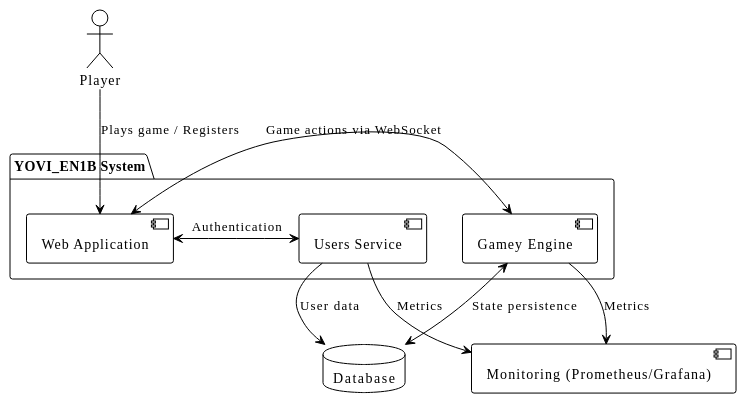
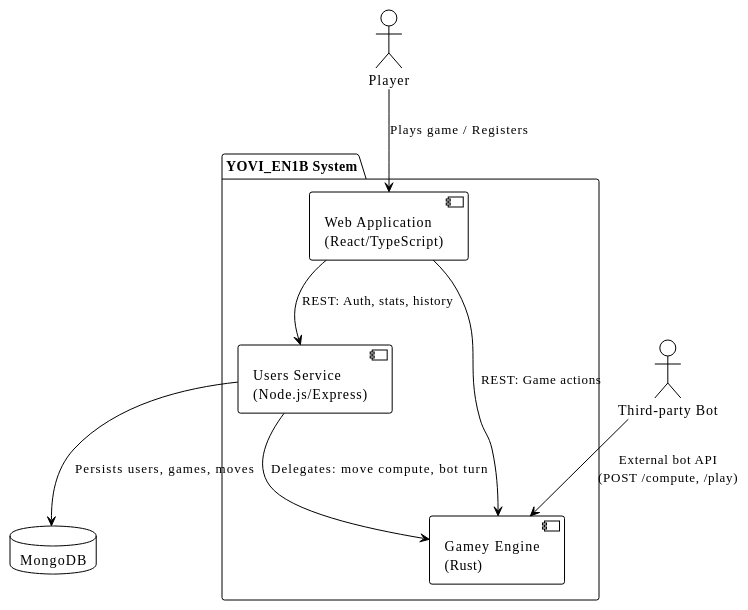
One commit to Arquisoft/yovi_en1b changed the diagram in docs/src/01_introduction_and_goals.adoc. Above: the diagram before and after it, drawn with PlantUML. The commit also changed other lines of this file and 3 other files, not shown here.

```diff
--- a/docs/src/01_introduction_and_goals.adoc
+++ b/docs/src/01_introduction_and_goals.adoc
@@ -26,29 +28,27 @@
 [plantuml, context_diagram, png]
 ----
 @startuml
 !theme plain
 skinparam componentStyle uml2
 
 actor "Player" as user
+actor "Third-party Bot" as bot_actor
 
 package "YOVI_EN1B System" {
-    component "Web Application" as webapp
-    component "Users Service" as users_src
-    component "Gamey Engine" as gamey
+    component "Web Application\n(React/TypeScript)" as webapp
+    component "Users Service\n(Node.js/Express)" as users_src
+    component "Gamey Engine\n(Rust)" as gamey
 }
 
-database "Database" as db
-component "Monitoring (Prometheus/Grafana)" as monitor
+database "MongoDB" as db
 
 user --> webapp : "Plays game / Registers"
+bot_actor --> gamey : "External bot API\n(POST /compute, /play)"
 
-webapp <-> users_src : "Authentication"
-webapp <-> gamey : "Game actions via WebSocket"
+webapp --> users_src : "REST: Auth, stats, history"
+webapp --> gamey : "REST: Game actions"
 
-gamey <-> db : "State persistence"
-users_src --> db : "User data"
-
-gamey --> monitor : "Metrics"
-users_src --> monitor : "Metrics"
+users_src --> db : "Persists users, games, moves"
+users_src --> gamey : "Delegates: move compute, bot turn"
 @enduml
 ----
```
